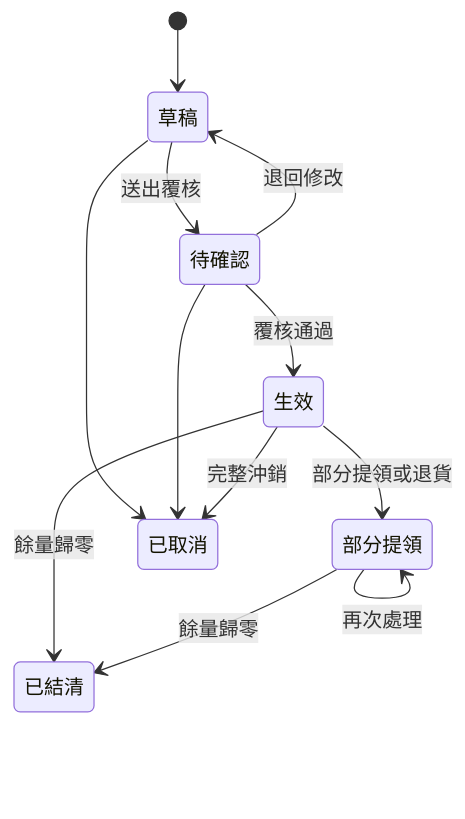
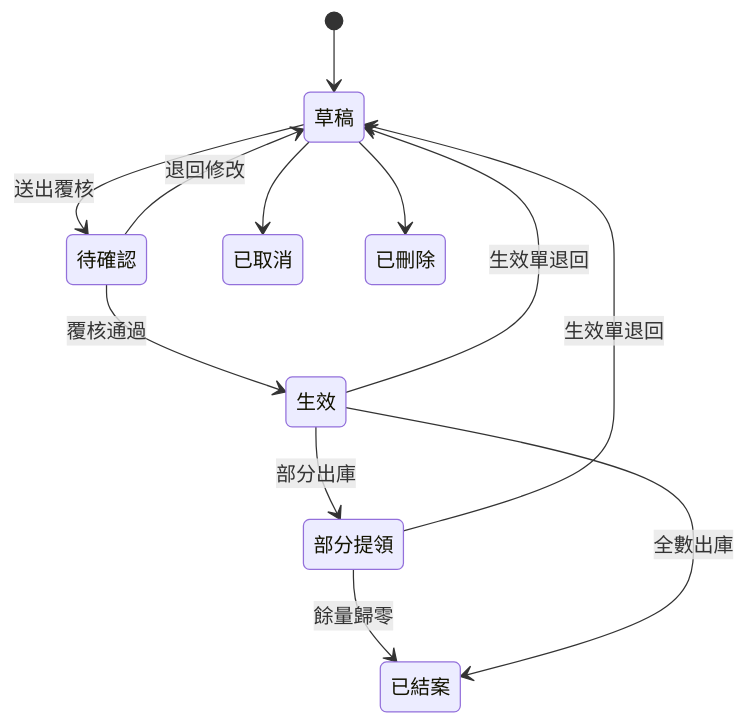
Before and after one commit to ktlin318/InventoryHub: the fourth of 7 diagrams in README.md, drawn with Mermaid. The commit also changed other lines of this file and 3 other files, not shown here.

````diff
--- a/README.md
+++ b/README.md
@@ -142,14 +129,14 @@
 ```mermaid
 stateDiagram-v2
     [*] --> 草稿
     草稿 --> 待確認: 送出覆核
     待確認 --> 草稿: 退回修改
     待確認 --> 生效: 覆核通過
-    生效 --> 部分提領: 部分提領或退貨
-    部分提領 --> 部分提領: 再次處理
-    生效 --> 已結清: 餘量歸零
-    部分提領 --> 已結清: 餘量歸零
+    生效 --> 草稿: 生效單退回
+    生效 --> 部分提領: 部分出庫
+    部分提領 --> 草稿: 生效單退回
+    部分提領 --> 已結案: 餘量歸零
+    生效 --> 已結案: 全數出庫
     草稿 --> 已取消
-    待確認 --> 已取消
-    生效 --> 已取消: 完整沖銷
+    草稿 --> 已刪除
 ```
````
